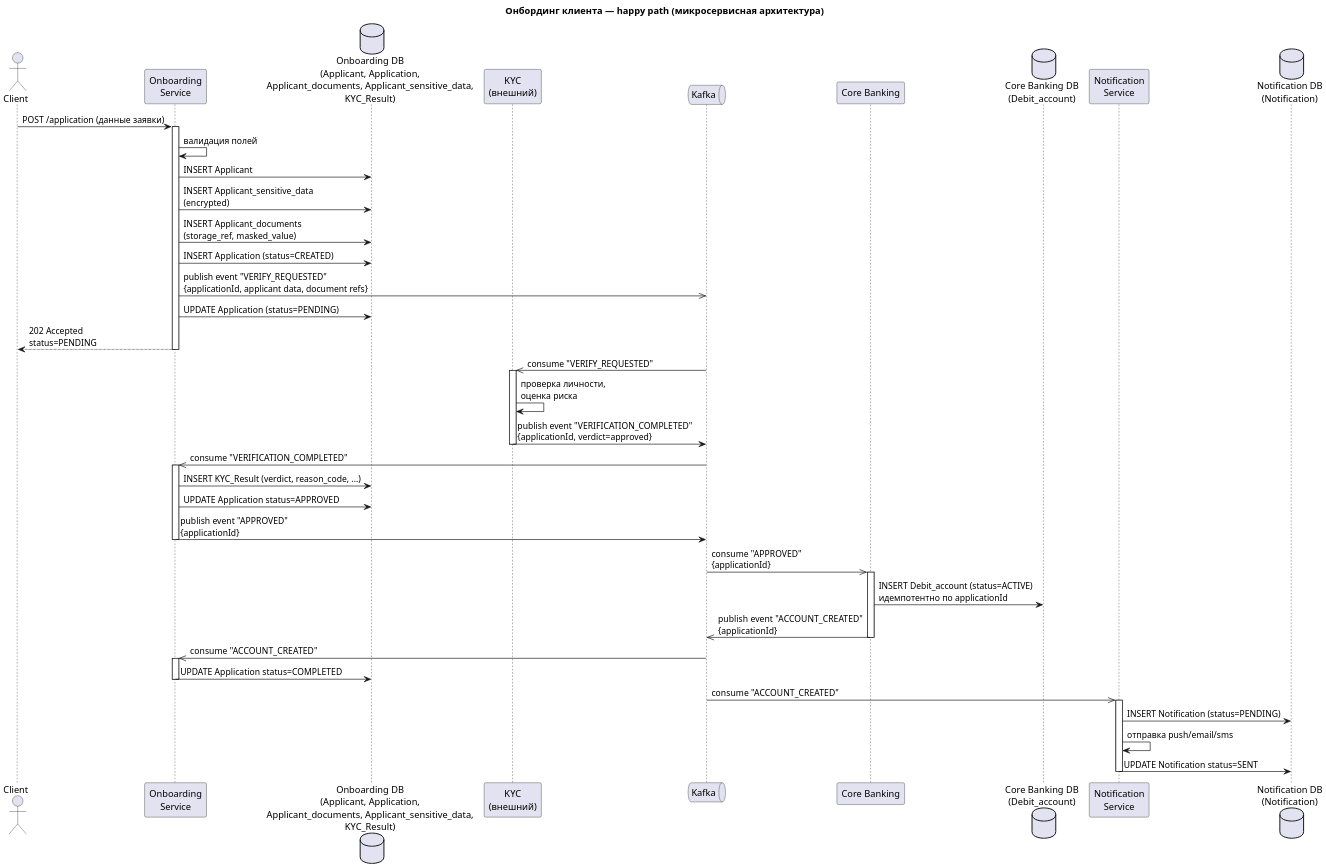
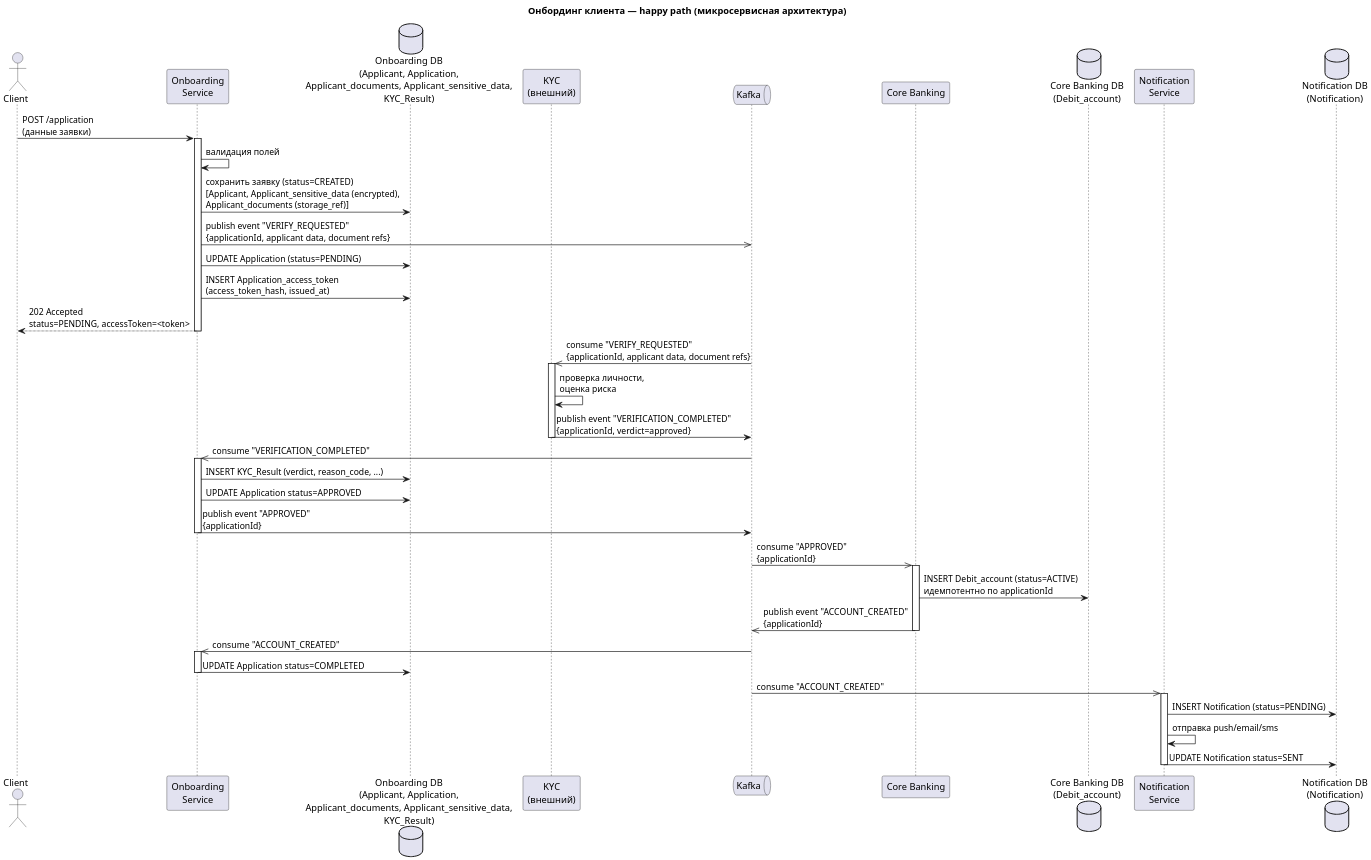
One commit to PulyaIvan/digital-client-onboarding changed the diagram in diagrams/sequence/Диаграмма последовательно онбординг клиента (happy path).puml. Above: the diagram before and after it, drawn with PlantUML. The commit also changed 16 other files, not shown here.

First line of the commit message:
feat: реализован механизм восстановления доступа через OTP, обновлена связанная схема БД

```diff
--- a/diagrams/sequence/Диаграмма последовательно онбординг клиента (happy path).puml
+++ b/diagrams/sequence/Диаграмма последовательно онбординг клиента (happy path).puml
@@ -1,58 +1,56 @@
 @startuml Онбординг клиента (happy path, database-per-service)
 title Онбординг клиента — happy path (микросервисная архитектура)
 scale 2
 
 actor Client as cl
 participant "Onboarding\nService" as svc
 database "Onboarding DB\n(Applicant, Application,\nApplicant_documents, Applicant_sensitive_data,\nKYC_Result)" as db_svc
 participant "KYC\n(внешний)" as kyc
 queue "Kafka" as bm
 participant "Core Banking" as bk
 database "Core Banking DB\n(Debit_account)" as db_bk
 participant "Notification\nService" as ns
 database "Notification DB\n(Notification)" as db_ns
 
-cl -> svc: POST /application (данные заявки)
+cl -> svc: POST /application\n(данные заявки)
 activate svc
 svc -> svc: валидация полей
-svc -> db_svc: INSERT Applicant
-svc -> db_svc: INSERT Applicant_sensitive_data\n(encrypted)
-svc -> db_svc: INSERT Applicant_documents\n(storage_ref, masked_value)
-svc -> db_svc: INSERT Application (status=CREATED)
+svc -> db_svc: сохранить заявку (status=CREATED)\n[Applicant, Applicant_sensitive_data (encrypted),\nApplicant_documents (storage_ref)]
 svc ->> bm: publish event "VERIFY_REQUESTED"\n{applicationId, applicant data, document refs}
 svc -> db_svc: UPDATE Application (status=PENDING)
-svc --> cl: 202 Accepted\nstatus=PENDING
+svc -> db_svc: INSERT Application_access_token\n(access_token_hash, issued_at)
+svc --> cl: 202 Accepted\nstatus=PENDING, accessToken=<token>
 deactivate svc
 
-bm ->> kyc: consume "VERIFY_REQUESTED"
+bm ->> kyc: consume "VERIFY_REQUESTED"\n{applicationId, applicant data, document refs}
 activate kyc
 kyc -> kyc: проверка личности,\nоценка риска
 kyc -> bm: publish event "VERIFICATION_COMPLETED"\n{applicationId, verdict=approved}
 deactivate kyc
 
 bm ->> svc: consume "VERIFICATION_COMPLETED"
 activate svc
 svc -> db_svc: INSERT KYC_Result (verdict, reason_code, ...)
 svc -> db_svc: UPDATE Application status=APPROVED
 svc -> bm: publish event "APPROVED"\n{applicationId}
 deactivate svc
 
 bm ->> bk: consume "APPROVED"\n{applicationId}
 activate bk
 bk -> db_bk: INSERT Debit_account (status=ACTIVE)\nидемпотентно по applicationId
 bk ->> bm: publish event "ACCOUNT_CREATED"\n{applicationId}
 deactivate bk
 
 bm ->> svc: consume "ACCOUNT_CREATED"
 activate svc
 svc -> db_svc: UPDATE Application status=COMPLETED
 deactivate svc
 
 bm ->> ns: consume "ACCOUNT_CREATED"
 activate ns
 ns -> db_ns: INSERT Notification (status=PENDING)
 ns -> ns: отправка push/email/sms
 ns -> db_ns: UPDATE Notification status=SENT
 deactivate ns
 
 @enduml
```
